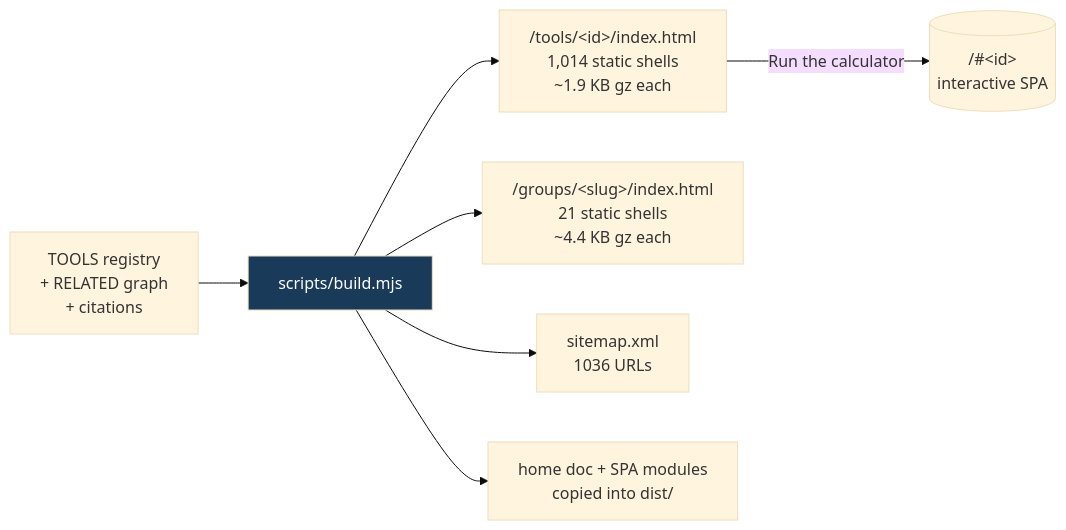
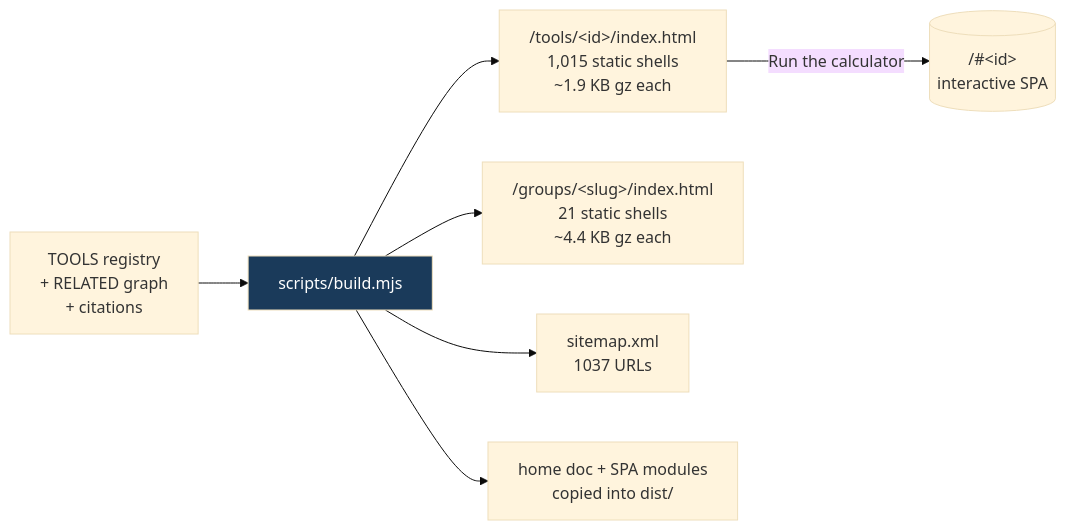
The fifth of 8 diagrams in README.md (clay-good/roughlogic.com), drawn with Mermaid (base theme) before and after one commit. The commit also changed other lines of this file and 12 other files, not shown here.

````diff
--- a/README.md
+++ b/README.md
@@ -495,10 +495,10 @@
 ```mermaid
 flowchart LR
     SRC[TOOLS registry\n+ RELATED graph\n+ citations] --> BUILD[scripts/build.mjs]
-    BUILD --> TILE["/tools/&lt;id&gt;/index.html\n1,014 static shells\n~1.9 KB gz each"]
+    BUILD --> TILE["/tools/&lt;id&gt;/index.html\n1,015 static shells\n~1.9 KB gz each"]
     BUILD --> GROUP["/groups/&lt;slug&gt;/index.html\n21 static shells\n~4.4 KB gz each"]
-    BUILD --> MAP["sitemap.xml\n1036 URLs"]
+    BUILD --> MAP["sitemap.xml\n1037 URLs"]
     BUILD --> COPY[home doc + SPA modules\ncopied into dist/]
     TILE -->|Run the calculator| SPA[("/#&lt;id&gt;\ninteractive SPA")]
     style BUILD fill:#1a3a5a,color:#fff
 ```
````
